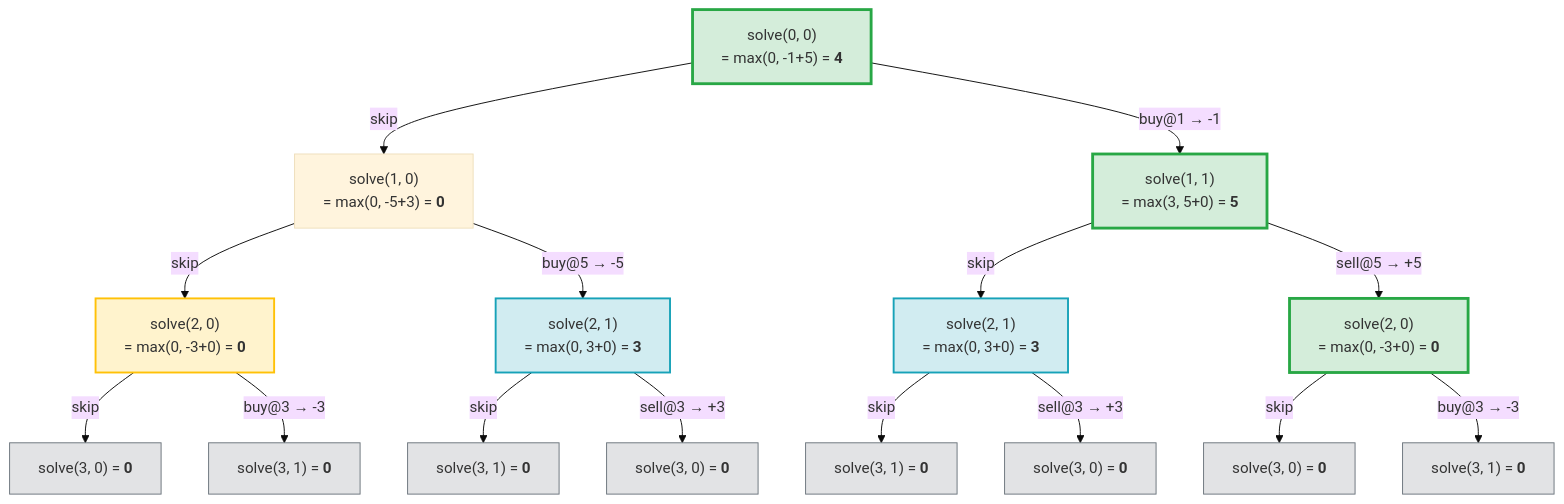
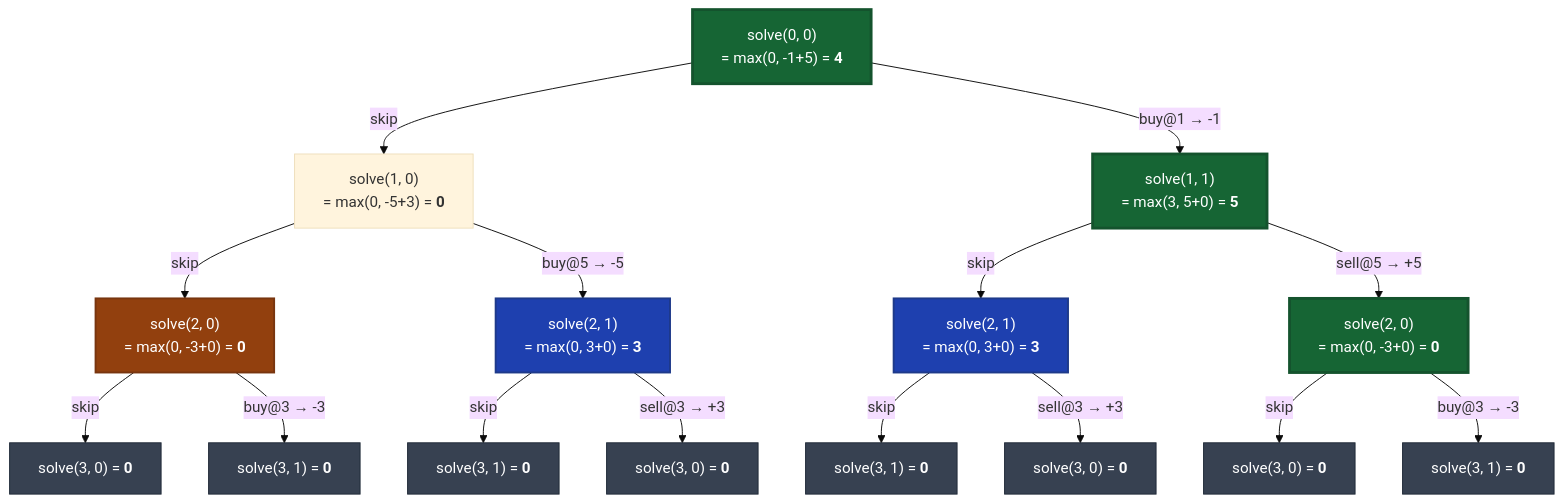
The diagram in leetcode/dp/best-time-to-buy-stock.md (ashishdotme/wiki.ashish.me), drawn with Mermaid (base theme) before and after one commit.

Commit message:
fix: use high-contrast colors in recursion tree diagram

````diff
--- a/leetcode/dp/best-time-to-buy-stock.md
+++ b/leetcode/dp/best-time-to-buy-stock.md
@@ -19,30 +19,30 @@
 ```mermaid
 graph TD
-    classDef optimal fill:#d4edda,stroke:#28a745,stroke-width:3px
-    classDef overlap1 fill:#fff3cd,stroke:#ffc107,stroke-width:2px
-    classDef overlap2 fill:#d1ecf1,stroke:#17a2b8,stroke-width:2px
-    classDef base fill:#e2e3e5,stroke:#6c757d
+    classDef optimal fill:#166534,stroke:#14532d,stroke-width:3px,color:#fff
+    classDef overlap1 fill:#92400e,stroke:#78350f,stroke-width:2px,color:#fff
+    classDef overlap2 fill:#1e40af,stroke:#1e3a8a,stroke-width:2px,color:#fff
+    classDef base fill:#374151,stroke:#1f2937,color:#fff
 
     R["solve(0, 0)<br/>= max(0, -1+5) = <b>4</b>"]:::optimal
 
     R -->|"skip"| A["solve(1, 0)<br/>= max(0, -5+3) = <b>0</b>"]
     R -->|"buy@1 → -1"| B["solve(1, 1)<br/>= max(3, 5+0) = <b>5</b>"]:::optimal
 
     A -->|"skip"| C["solve(2, 0)<br/>= max(0, -3+0) = <b>0</b>"]:::overlap1
     A -->|"buy@5 → -5"| D["solve(2, 1)<br/>= max(0, 3+0) = <b>3</b>"]:::overlap2
 
     B -->|"skip"| E["solve(2, 1)<br/>= max(0, 3+0) = <b>3</b>"]:::overlap2
     B -->|"sell@5 → +5"| F["solve(2, 0)<br/>= max(0, -3+0) = <b>0</b>"]:::optimal
 
     C -->|"skip"| G["solve(3, 0) = <b>0</b>"]:::base
     C -->|"buy@3 → -3"| H["solve(3, 1) = <b>0</b>"]:::base
 
     D -->|"skip"| I["solve(3, 1) = <b>0</b>"]:::base
     D -->|"sell@3 → +3"| J["solve(3, 0) = <b>0</b>"]:::base
 
     E -->|"skip"| K["solve(3, 1) = <b>0</b>"]:::base
     E -->|"sell@3 → +3"| L["solve(3, 0) = <b>0</b>"]:::base
 
     F -->|"skip"| M["solve(3, 0) = <b>0</b>"]:::base
     F -->|"buy@3 → -3"| N["solve(3, 1) = <b>0</b>"]:::base
 ```
````
